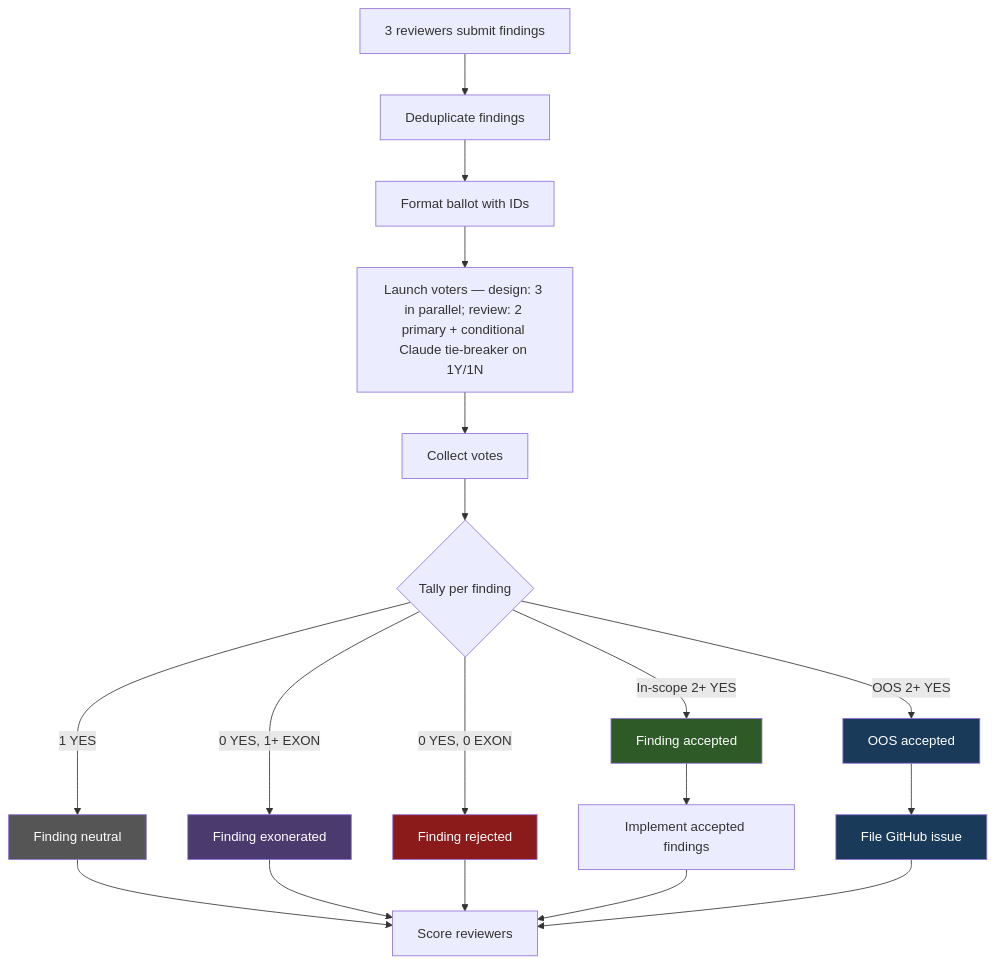
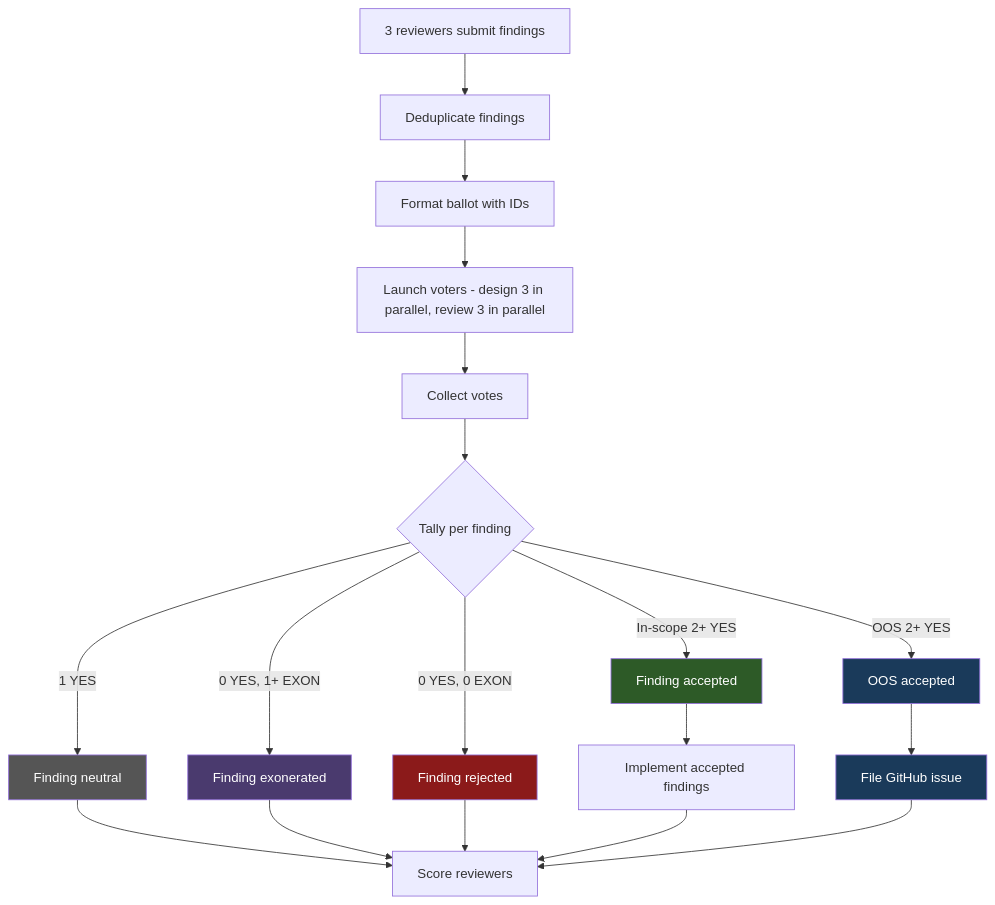
Before and after one commit to character-ai/larch: the diagram in docs/voting-process.md, drawn with Mermaid. The commit also changed other lines of this file and 19 other files, not shown here.

````diff
--- a/docs/voting-process.md
+++ b/docs/voting-process.md
@@ -69,29 +67,29 @@
 ```mermaid
 flowchart TD
     REVIEW[3 reviewers submit findings] --> DEDUP[Deduplicate findings]
     DEDUP --> BALLOT[Format ballot with IDs]
-    BALLOT --> LAUNCH[Launch voters — design: 3 in parallel; review: 2 primary + conditional Claude tie-breaker on 1Y/1N]
+    BALLOT --> LAUNCH["Launch voters - design 3 in parallel, review 3 in parallel"]
     LAUNCH --> COLLECT[Collect votes]
     COLLECT --> TALLY{Tally per finding}
 
     TALLY -->|In-scope 2+ YES| ACCEPT[Finding accepted]
     TALLY -->|1 YES| NEUTRAL[Finding neutral]
     TALLY -->|0 YES, 1+ EXON| EXON[Finding exonerated]
     TALLY -->|0 YES, 0 EXON| REJECT[Finding rejected]
     TALLY -->|OOS 2+ YES| OOS_ACCEPT[OOS accepted]
 
     ACCEPT --> IMPLEMENT[Implement accepted findings]
     OOS_ACCEPT --> ISSUE[File GitHub issue]
     NEUTRAL --> SCORE[Score reviewers]
     EXON --> SCORE
     REJECT --> SCORE
     IMPLEMENT --> SCORE
     ISSUE --> SCORE
 
     style ACCEPT fill:#2d5a27,color:#fff
     style REJECT fill:#8b1a1a,color:#fff
     style EXON fill:#4a3a6e,color:#fff
     style NEUTRAL fill:#555,color:#fff
     style OOS_ACCEPT fill:#1a3a5a,color:#fff
     style ISSUE fill:#1a3a5a,color:#fff
 ```
````
